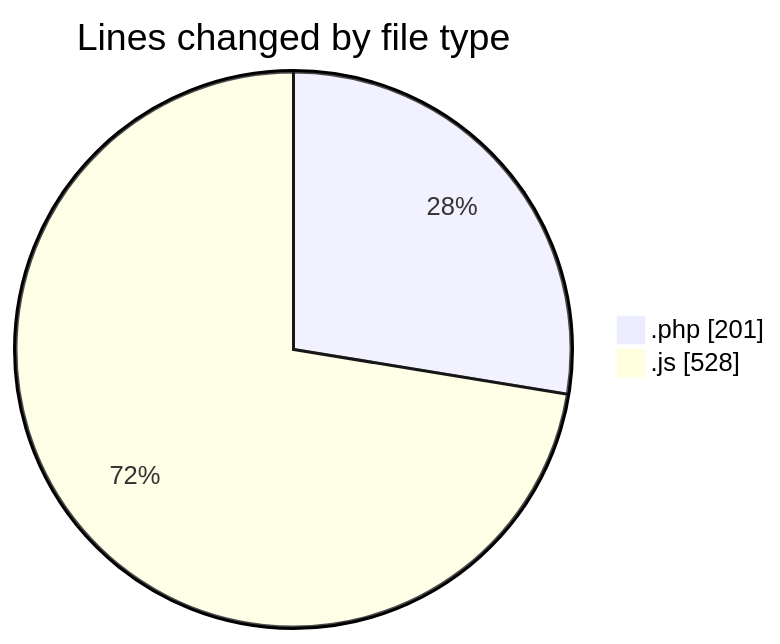
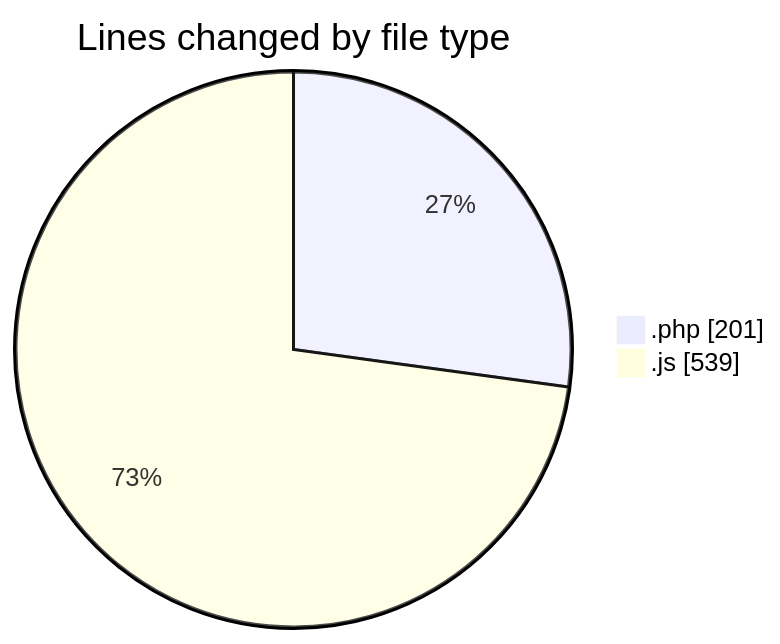
Before and after one commit to debugP/code-tracking: the first of 2 diagrams in 2025-09-29/untitled__workspace_/README.md, drawn with Mermaid. The commit also changed other lines of this file and 1 other file, not shown here.

````diff
--- a/2025-09-29/untitled__workspace_/README.md
+++ b/2025-09-29/untitled__workspace_/README.md
@@ -21,6 +21,6 @@
 ```mermaid
 pie showData
 title Lines changed by file type
 ".php" : 201
-".js" : 528
+".js" : 539
 ```
````
